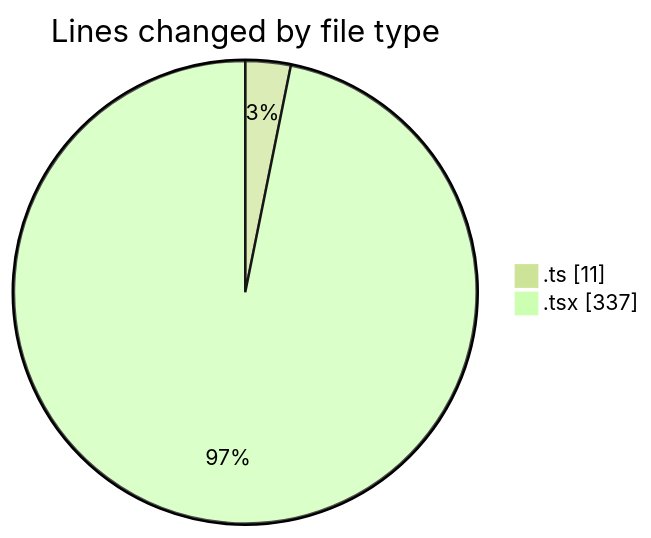
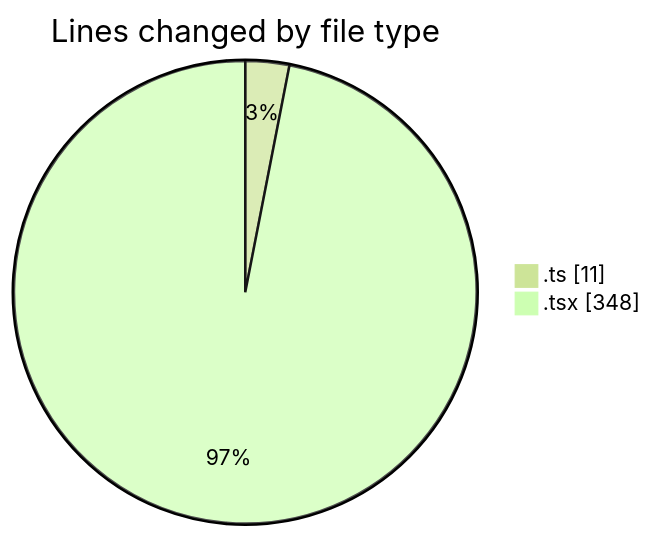
One commit to momahboobian/code-tracking changed the first of 2 diagrams in 2025-03-21/cda/README.md. Above: the diagram before and after it, drawn with Mermaid (forest theme). The commit also changed other lines of this file and 1 other file, not shown here.

````diff
--- a/2025-03-21/cda/README.md
+++ b/2025-03-21/cda/README.md
@@ -23,6 +23,6 @@
 ```mermaid
 pie showData
 title Lines changed by file type
 ".ts" : 11
-".tsx" : 337
+".tsx" : 348
 ```
````
